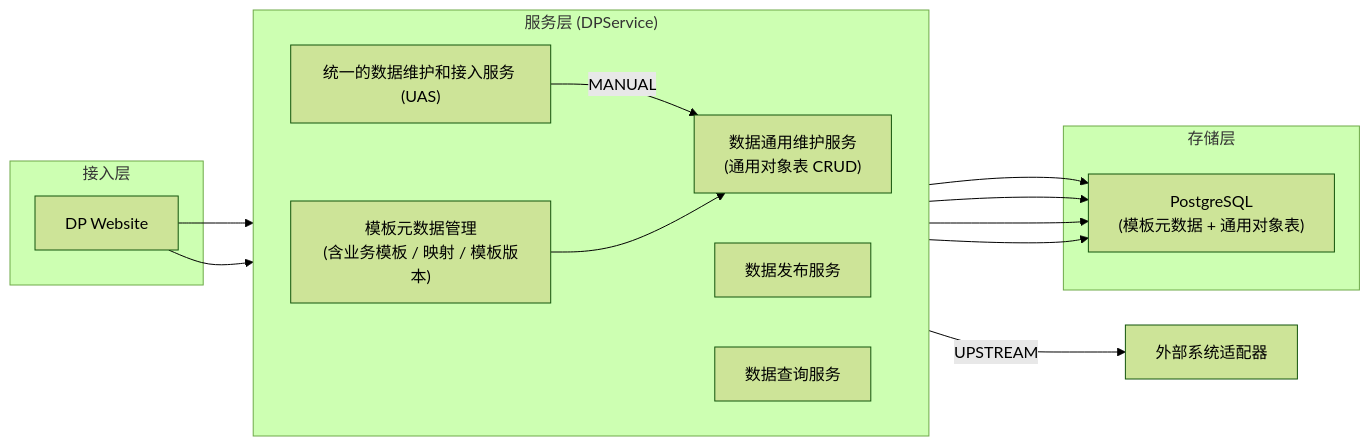
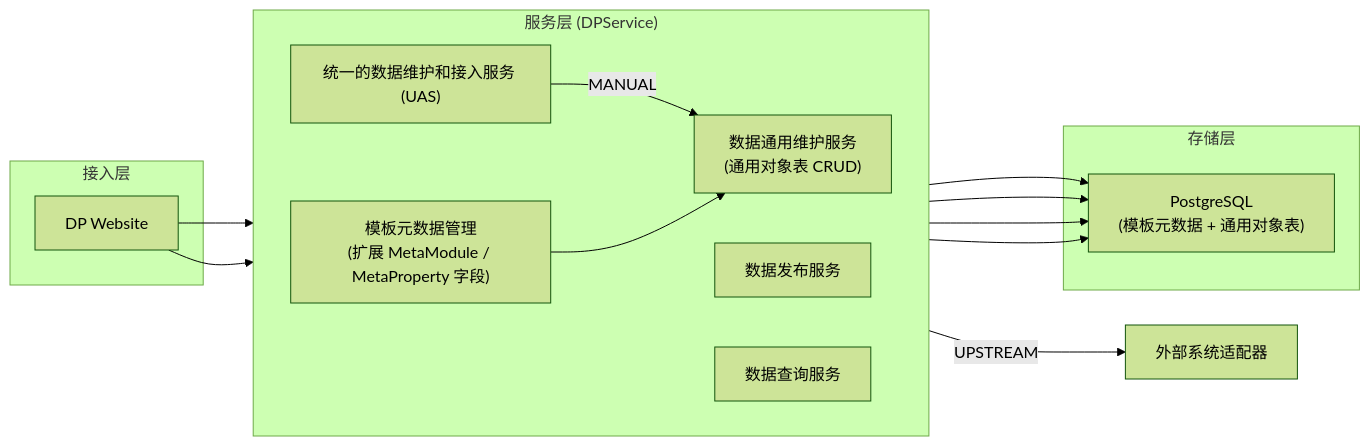
One commit to goflyboy/digitalproduct changed the fourth of 11 diagrams in docs/数字产品系统架构设计说明书.md. Above: the diagram before and after it, drawn with Mermaid (forest theme). The commit also changed other lines of this file and 1 other file, not shown here.

````diff
--- a/docs/数字产品系统架构设计说明书.md
+++ b/docs/数字产品系统架构设计说明书.md
@@ -2396,32 +2398,32 @@
 ```mermaid
 flowchart LR
     subgraph Access["接入层"]
         WEB["DP Website"]
     end
 
     subgraph Service["服务层 (DPService)"]
         direction LR
         UAS["统一的数据维护和接入服务 (UAS)"]
-        TM["模板元数据管理<br/>(含业务模板 / 映射 / 模板版本)"]
+        TM["模板元数据管理<br/>(扩展 MetaModule / MetaProperty 字段)"]
         MS["数据通用维护服务<br/>(通用对象表 CRUD)"]
         PS["数据发布服务"]
         QS["数据查询服务"]
     end
 
     subgraph Storage["存储层"]
         PG["PostgreSQL<br/>(模板元数据 + 通用对象表)"]
     end
 
     WEB --> UAS
     WEB --> TM
 
     UAS -->|"MANUAL"| MS
     UAS -->|"UPSTREAM"| External["外部系统适配器"]
 
     TM --> PG
     TM --> MS
 
     MS --> PG
     PS --> PG
     QS --> PG
 ```
````
